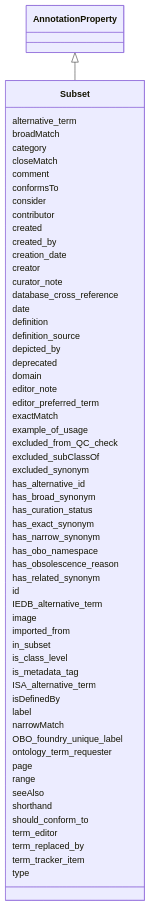
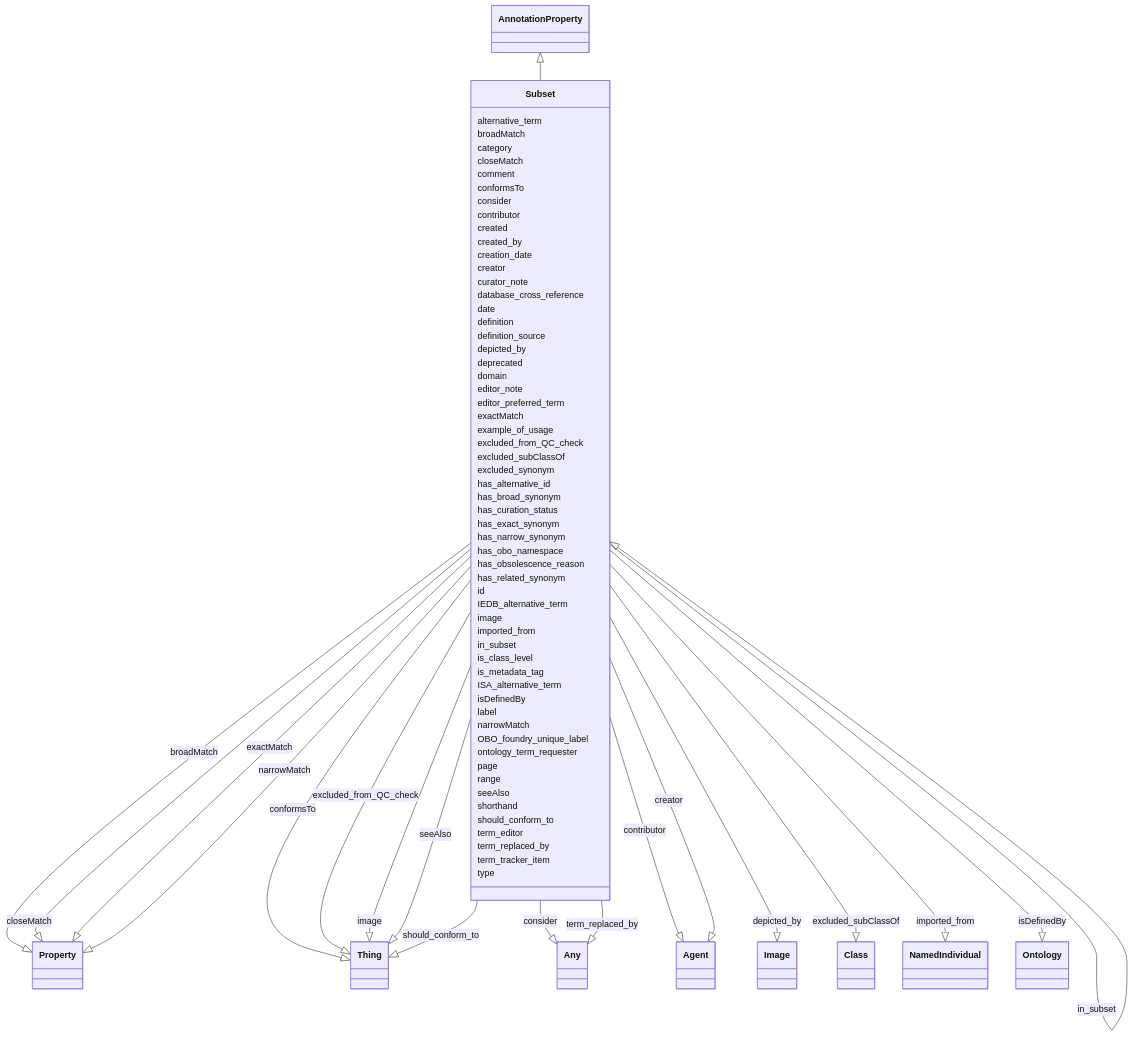
One commit to cthoyt/ontology-access-kit changed the diagram in ontology-metadata/Subset.md. Above: the diagram before and after it, drawn with Mermaid. The commit also changed other lines of this file and 3287 other files, not shown here.

````diff
--- a/ontology-metadata/Subset.md
+++ b/ontology-metadata/Subset.md
@@ -14,61 +17,154 @@
       AnnotationProperty <|-- Subset
       
       Subset : alternative_term
+        
       Subset : broadMatch
+        
+          Subset --|> Property : broadMatch
+        
       Subset : category
+        
       Subset : closeMatch
+        
+          Subset --|> Property : closeMatch
+        
       Subset : comment
+        
       Subset : conformsTo
+        
+          Subset --|> Thing : conformsTo
+        
       Subset : consider
+        
+          Subset --|> Any : consider
+        
       Subset : contributor
+        
+          Subset --|> Agent : contributor
+        
       Subset : created
+        
       Subset : created_by
+        
       Subset : creation_date
+        
       Subset : creator
+        
+          Subset --|> Agent : creator
+        
       Subset : curator_note
+        
       Subset : database_cross_reference
+        
       Subset : date
+        
       Subset : definition
+        
       Subset : definition_source
+        
       Subset : depicted_by
+        
+          Subset --|> Image : depicted_by
+        
       Subset : deprecated
+        
       Subset : domain
+        
       Subset : editor_note
+        
       Subset : editor_preferred_term
+        
       Subset : exactMatch
+        
+          Subset --|> Property : exactMatch
+        
       Subset : example_of_usage
+        
       Subset : excluded_from_QC_check
+        
+          Subset --|> Thing : excluded_from_QC_check
+        
       Subset : excluded_subClassOf
+        
+          Subset --|> Class : excluded_subClassOf
+        
       Subset : excluded_synonym
+        
       Subset : has_alternative_id
+        
       Subset : has_broad_synonym
+        
       Subset : has_curation_status
+        
       Subset : has_exact_synonym
+        
       Subset : has_narrow_synonym
+        
       Subset : has_obo_namespace
+        
       Subset : has_obsolescence_reason
+        
       Subset : has_related_synonym
+        
       Subset : id
+        
       Subset : IEDB_alternative_term
+        
       Subset : image
+        
+          Subset --|> Thing : image
+        
       Subset : imported_from
+        
+          Subset --|> NamedIndividual : imported_from
+        
       Subset : in_subset
+        
+          Subset --|> Subset : in_subset
+        
       Subset : is_class_level
+        
       Subset : is_metadata_tag
+        
       Subset : ISA_alternative_term
+        
       Subset : isDefinedBy
+        
+          Subset --|> Ontology : isDefinedBy
+        
       Subset : label
+        
       Subset : narrowMatch
+        
+          Subset --|> Property : narrowMatch
+        
       Subset : OBO_foundry_unique_label
+        
       Subset : ontology_term_requester
+        
       Subset : page
+        
       Subset : range
+        
       Subset : seeAlso
+        
+          Subset --|> Thing : seeAlso
+        
       Subset : shorthand
+        
       Subset : should_conform_to
+        
+          Subset --|> Thing : should_conform_to
+        
       Subset : term_editor
+        
       Subset : term_replaced_by
+        
+          Subset --|> Any : term_replaced_by
+        
       Subset : term_tracker_item
+        
       Subset : type
+        
       
 ```
````
